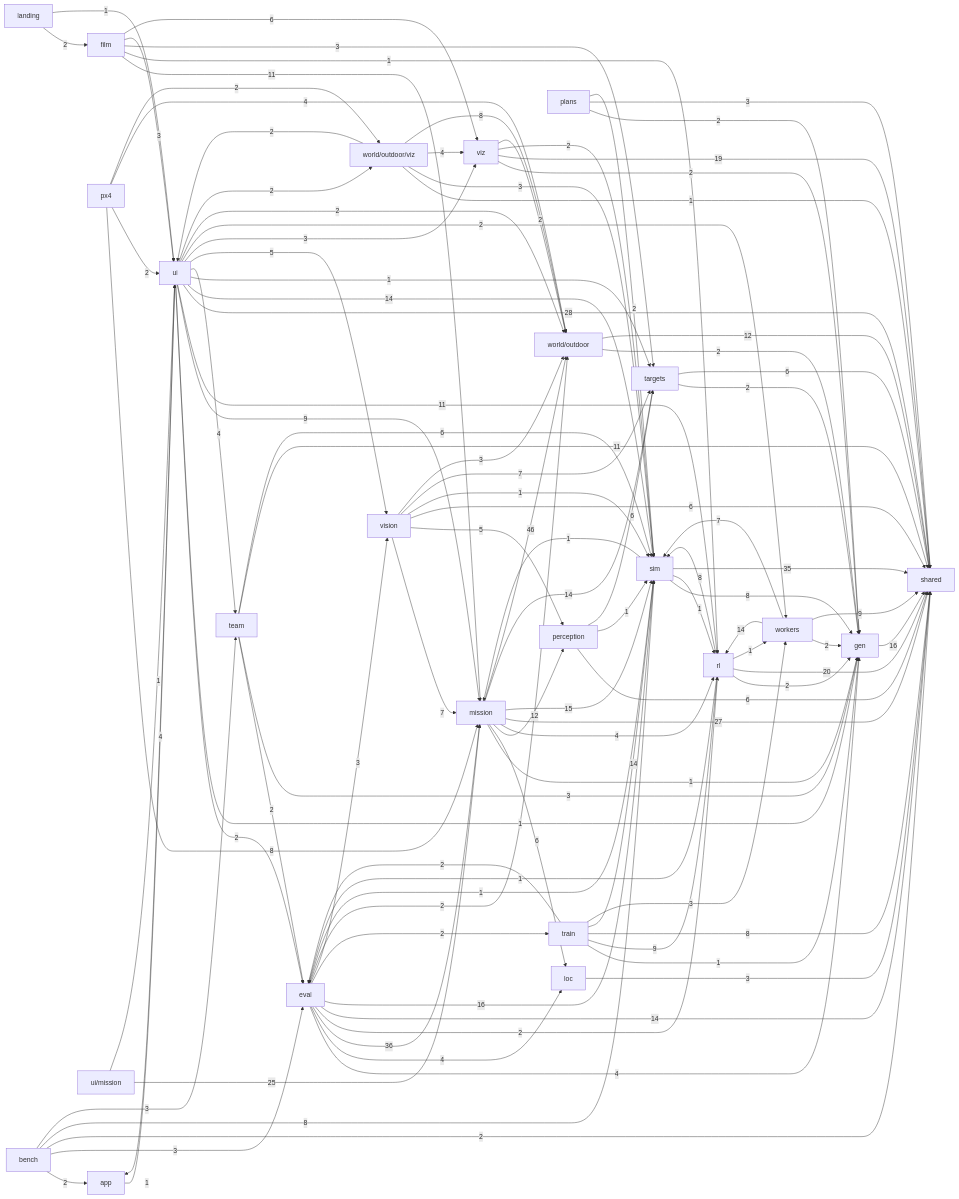
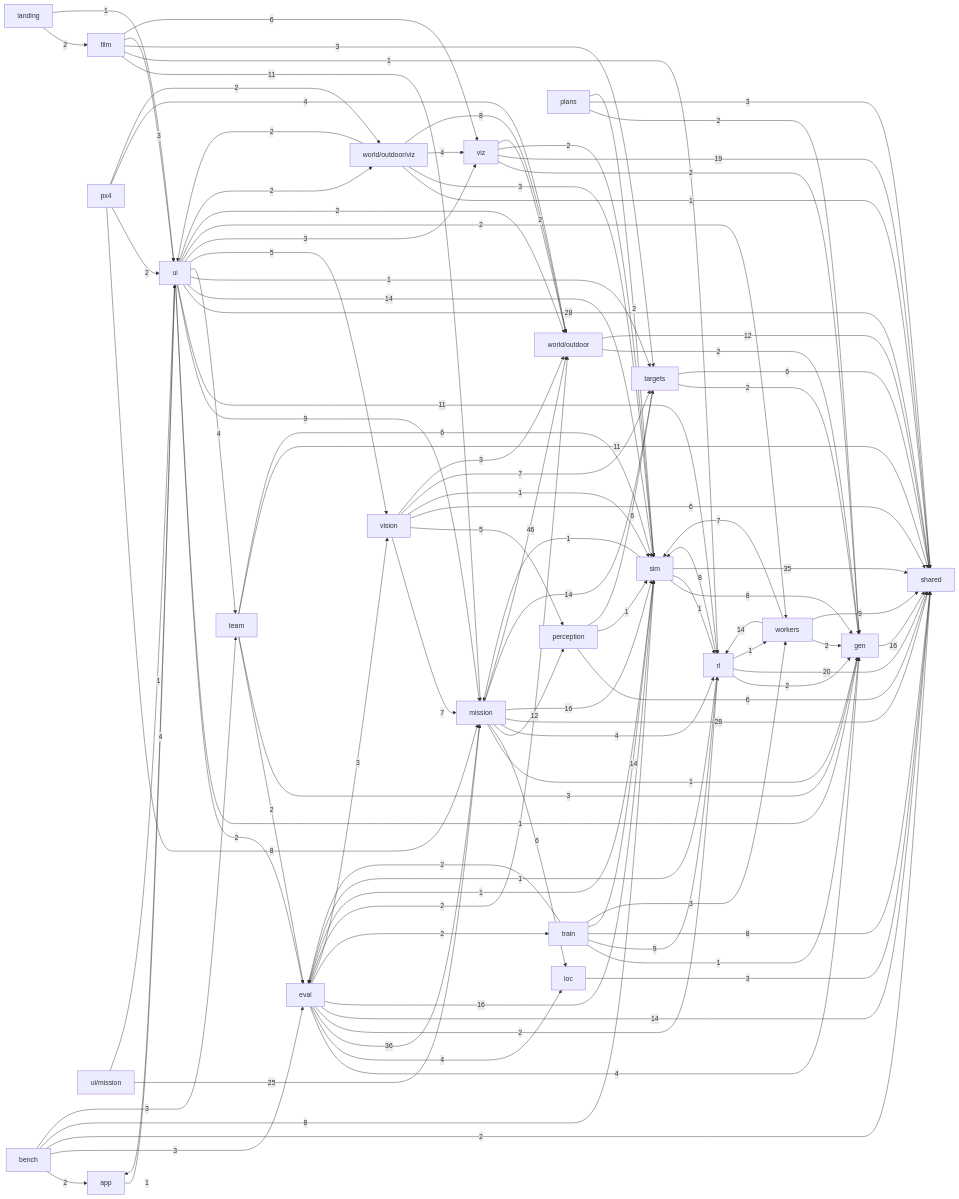
Before and after one commit to alexnieves-cs/frontier-fly: the second of 2 diagrams in docs/ARCHITECTURE.md, drawn with Mermaid. The commit also changed other lines of this file and 5 other files, not shown here.

```diff
--- a/docs/ARCHITECTURE.md
+++ b/docs/ARCHITECTURE.md
@@ -128,8 +128,8 @@
   mission -->|6| loc
   mission -->|12| perception
   mission -->|4| rl
-  mission -->|27| shared
-  mission -->|15| sim
+  mission -->|28| shared
+  mission -->|16| sim
   mission -->|14| targets
   mission -->|46| world_outdoor
   perception -->|6| shared
```
